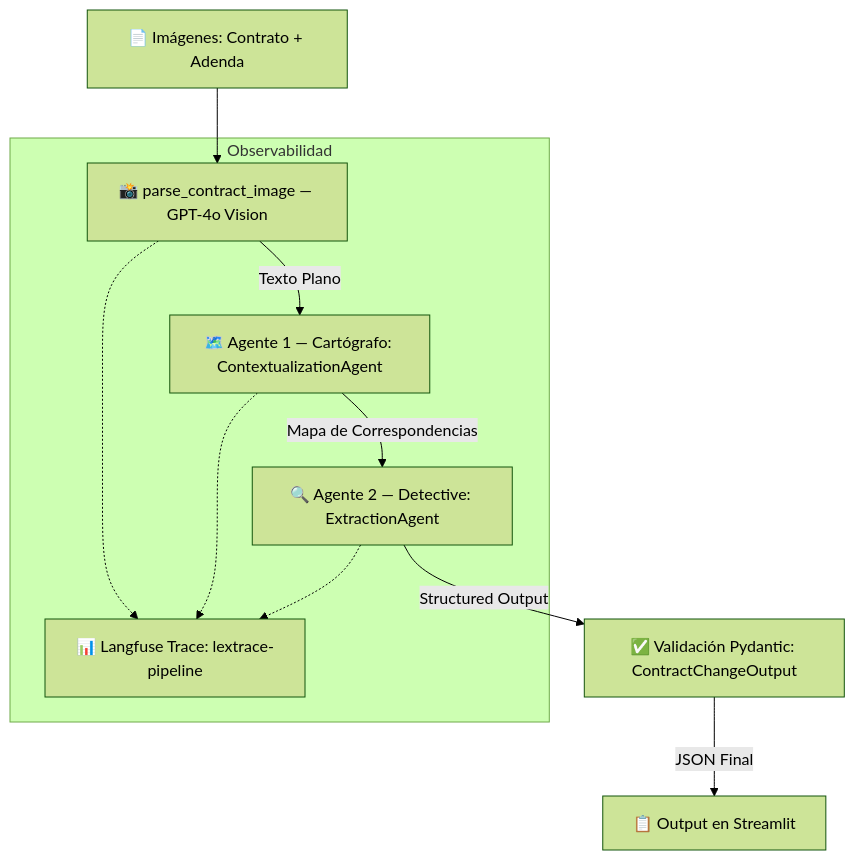
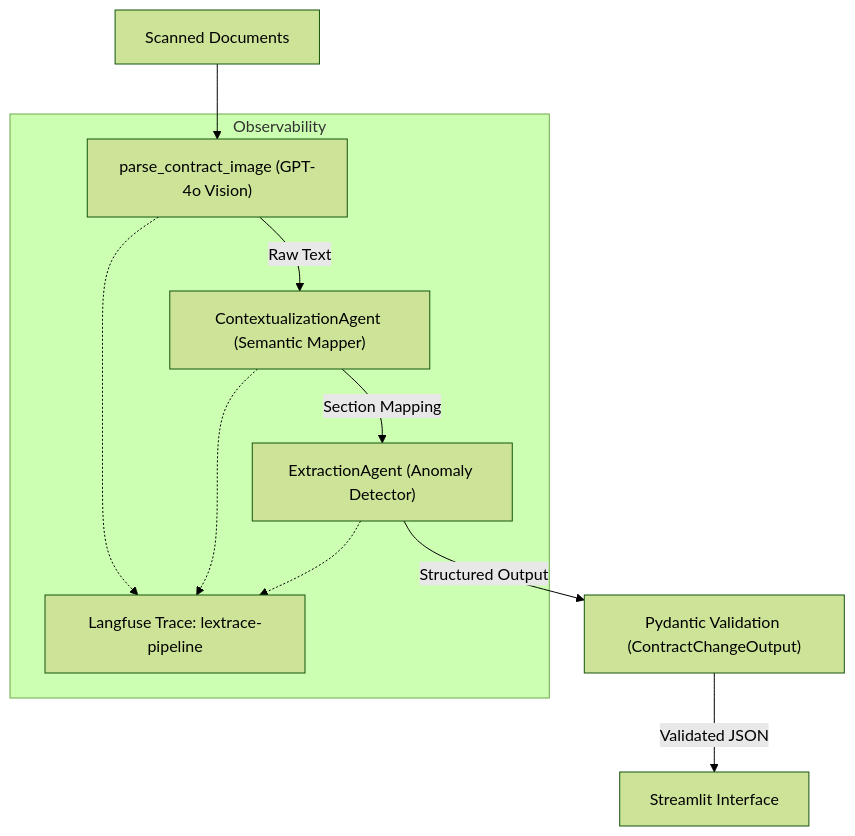
Before and after one commit to Pulpoide/lextrace-agentic-contract-diff: the diagram in README.md, drawn with Mermaid (forest theme). The commit also changed other lines of this file, not shown here.

````diff
--- a/README.md
+++ b/README.md
@@ -16,14 +16,14 @@
 ```mermaid
 graph TD
-    A["📄 Imágenes: Contrato + Adenda"] --> B["📸 parse_contract_image — GPT-4o Vision"]
-    B -->|Texto Plano| C["🗺️ Agente 1 — Cartógrafo: ContextualizationAgent"]
-    C -->|Mapa de Correspondencias| D["🔍 Agente 2 — Detective: ExtractionAgent"]
-    D -->|Structured Output| E["✅ Validación Pydantic: ContractChangeOutput"]
-    E -->|JSON Final| F["📋 Output en Streamlit"]
+    A["Scanned Documents"] --> B["parse_contract_image (GPT-4o Vision)"]
+    B -->|Raw Text| C["ContextualizationAgent (Semantic Mapper)"]
+    C -->|Section Mapping| D["ExtractionAgent (Anomaly Detector)"]
+    D -->|Structured Output| E["Pydantic Validation (ContractChangeOutput)"]
+    E -->|Validated JSON| F["Streamlit Interface"]
 
-    subgraph Observabilidad
-        B -.-> L["📊 Langfuse Trace: lextrace-pipeline"]
+    subgraph Observability
+        B -.-> L["Langfuse Trace: lextrace-pipeline"]
         C -.-> L
         D -.-> L
     end
 ```
````
